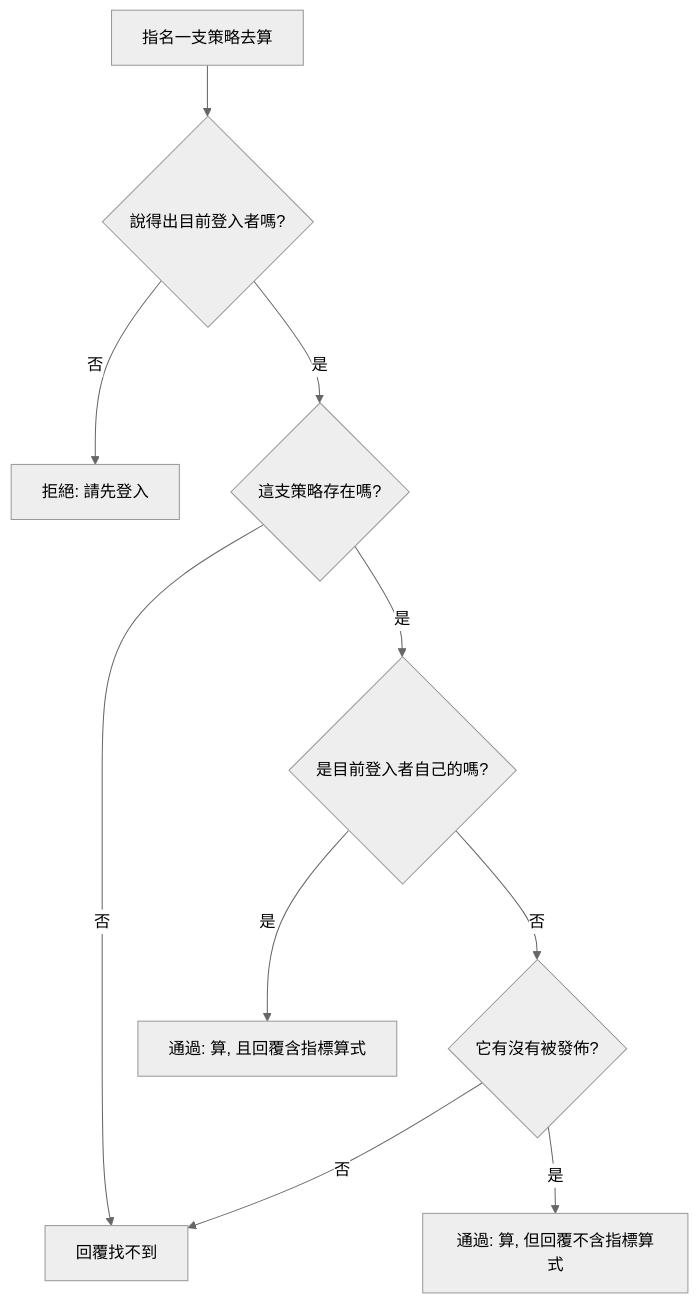
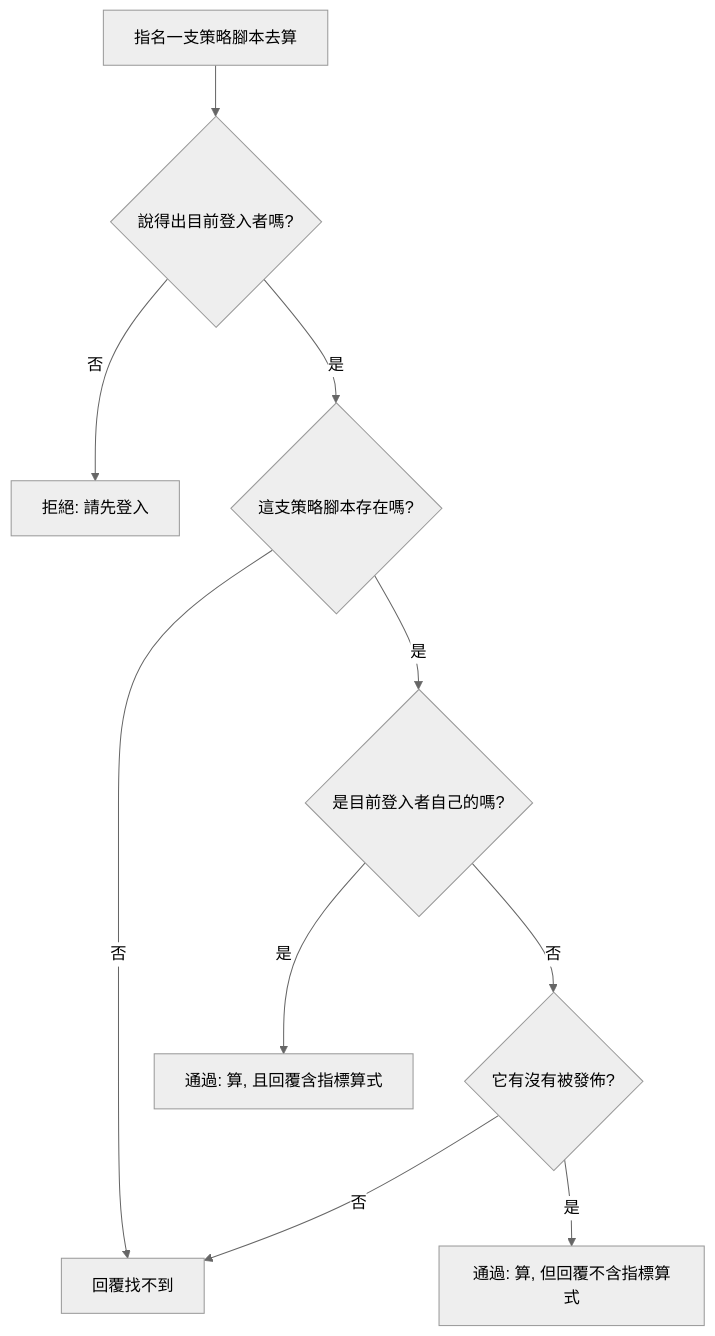
One commit to CodeMachine0121/go-trading changed the second of 2 diagrams in .sdd/2026-09-10-strategy-ownership-and-marketplace/PRD.md. Above: the diagram before and after it, drawn with Mermaid (neutral theme). The commit also changed other lines of this file and 66 other files, not shown here.

````diff
--- a/.sdd/2026-09-10-strategy-ownership-and-marketplace/PRD.md
+++ b/.sdd/2026-09-10-strategy-ownership-and-marketplace/PRD.md
@@ -607,12 +607,12 @@
 ```mermaid
 flowchart TD
-    S[指名一支策略去算] --> Q0{說得出目前登入者嗎?}
+    S[指名一支策略腳本去算] --> Q0{說得出目前登入者嗎?}
     Q0 -- 否 --> R0[拒絕: 請先登入]
-    Q0 -- 是 --> Q1{這支策略存在嗎?}
+    Q0 -- 是 --> Q1{這支策略腳本存在嗎?}
     Q1 -- 否 --> R1[回覆找不到]
     Q1 -- 是 --> Q2{是目前登入者自己的嗎?}
     Q2 -- 是 --> P1[通過: 算, 且回覆含指標算式]
     Q2 -- 否 --> Q3{它有沒有被發佈?}
     Q3 -- 否 --> R1
     Q3 -- 是 --> P2[通過: 算, 但回覆不含指標算式]
 ```
````
